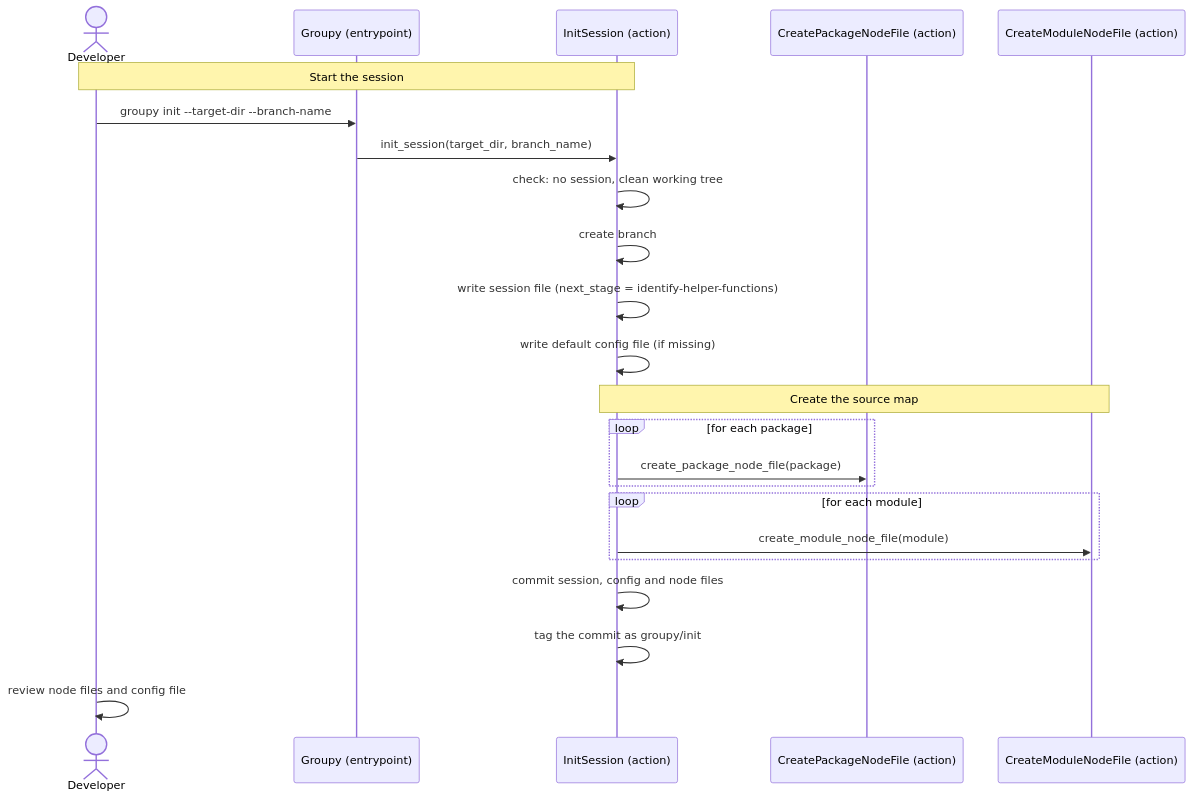
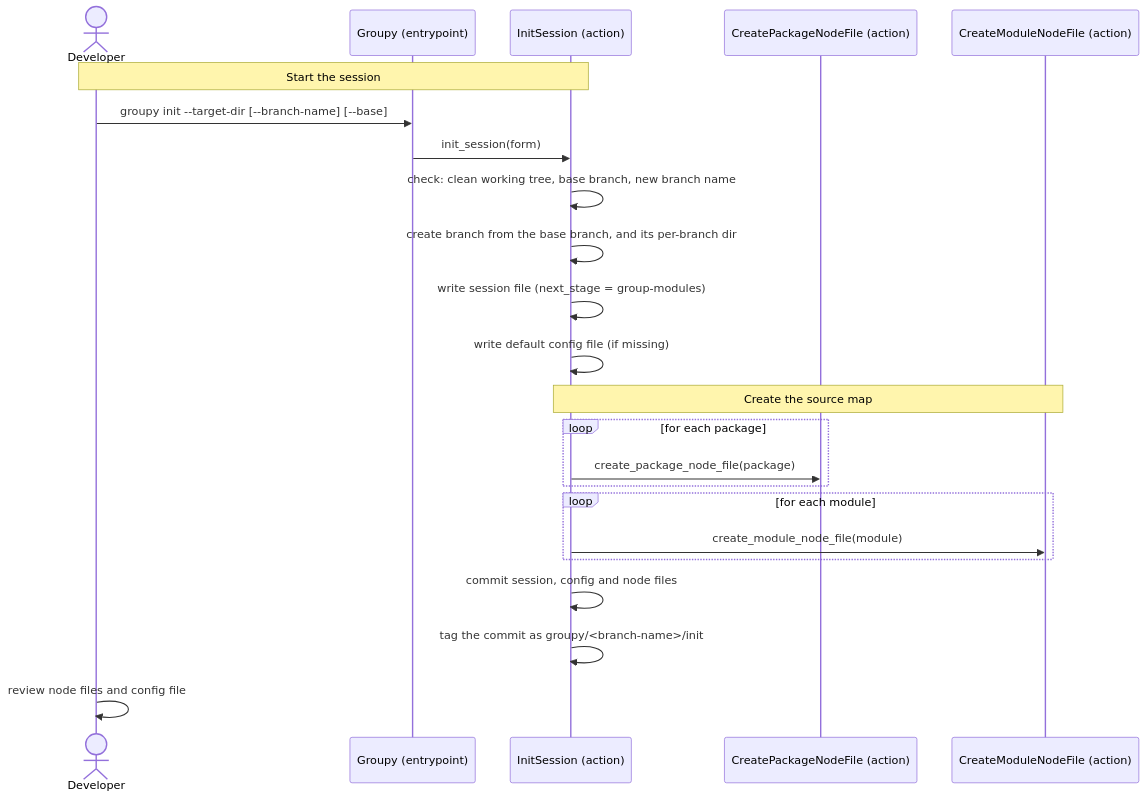
Before and after one commit to mnieber/groupy: the diagram in doc/spec/scenarios/s01_a_developer_starts_a_session.md, drawn with Mermaid. The commit also changed other lines of this file and 2 other files, not shown here.

````diff
--- a/doc/spec/scenarios/s01_a_developer_starts_a_session.md
+++ b/doc/spec/scenarios/s01_a_developer_starts_a_session.md
@@ -95,28 +107,28 @@
 ```mermaid
 sequenceDiagram
     actor Developer
     participant Groupy as Groupy (entrypoint)
     participant InitSession as InitSession (action)
     participant CreatePackageNodeFile as CreatePackageNodeFile (action)
     participant CreateModuleNodeFile as CreateModuleNodeFile (action)
 
     Note over Developer,InitSession: Start the session
-    Developer->>Groupy: groupy init --target-dir --branch-name
-    Groupy->>InitSession: init_session(target_dir, branch_name)
-    InitSession->>InitSession: check: no session, clean working tree
-    InitSession->>InitSession: create branch
-    InitSession->>InitSession: write session file (next_stage = identify-helper-functions)
+    Developer->>Groupy: groupy init --target-dir [--branch-name] [--base]
+    Groupy->>InitSession: init_session(form)
+    InitSession->>InitSession: check: clean working tree, base branch, new branch name
+    InitSession->>InitSession: create branch from the base branch, and its per-branch dir
+    InitSession->>InitSession: write session file (next_stage = group-modules)
     InitSession->>InitSession: write default config file (if missing)
 
     Note over InitSession,CreateModuleNodeFile: Create the source map
     loop for each package
         InitSession->>CreatePackageNodeFile: create_package_node_file(package)
     end
     loop for each module
         InitSession->>CreateModuleNodeFile: create_module_node_file(module)
     end
 
     InitSession->>InitSession: commit session, config and node files
-    InitSession->>InitSession: tag the commit as groupy/init
+    InitSession->>InitSession: tag the commit as groupy/<branch-name>/init
     Developer->>Developer: review node files and config file
 ```
````
